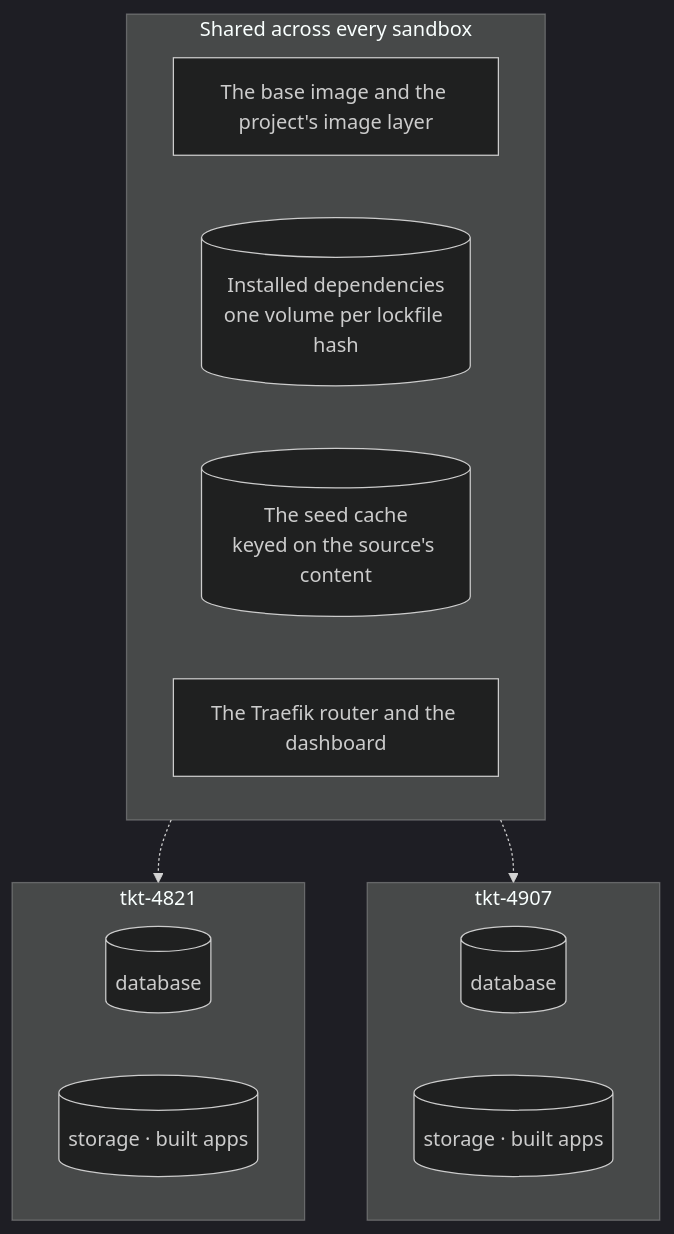
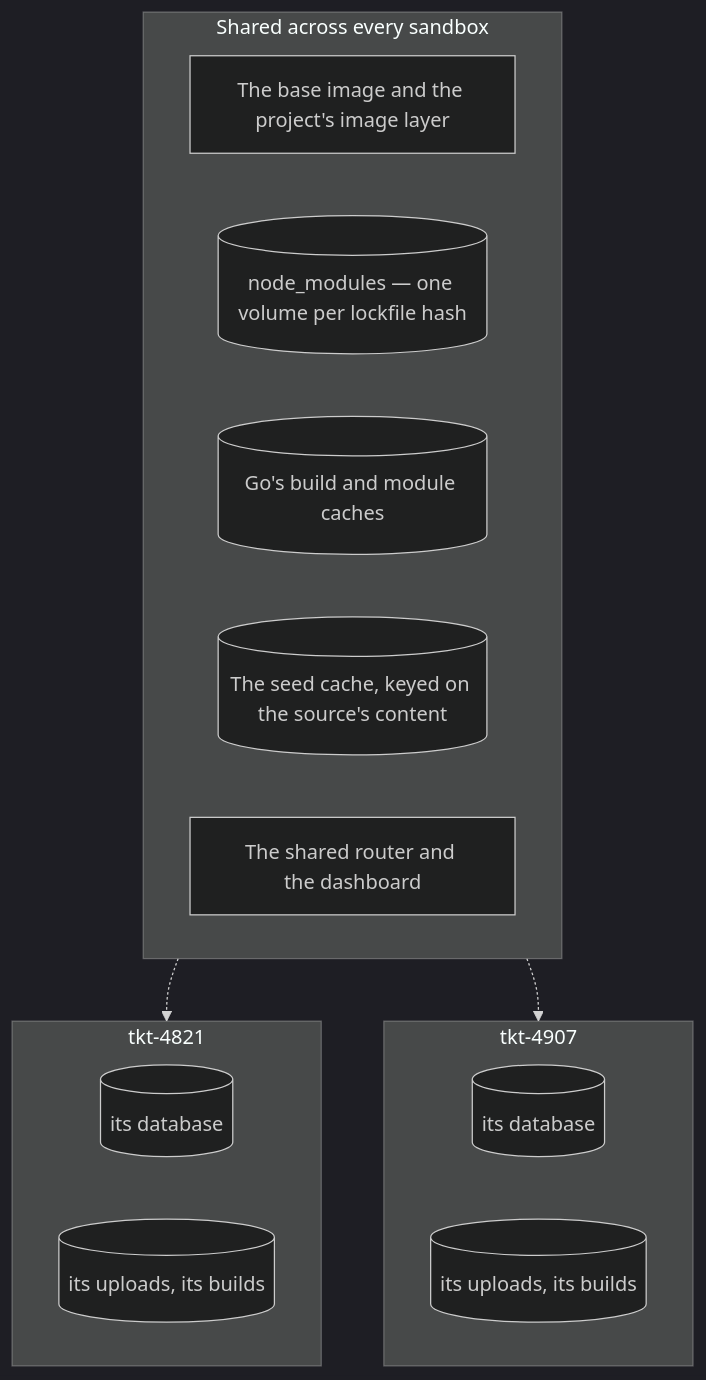
One commit to mattmoran56/sandboxer-core changed the diagram in docs/getting-started/every-worktree.md. Above: the diagram before and after it, drawn with Mermaid (dark theme). The commit also changed other lines of this file and 43 other files, not shown here.

````diff
--- a/docs/getting-started/every-worktree.md
+++ b/docs/getting-started/every-worktree.md
@@ -44,19 +71,20 @@
 ```mermaid
 flowchart TB
   subgraph shared["Shared across every sandbox"]
     img["The base image and the project's image layer"]
-    dep[("Installed dependencies<br/>one volume per lockfile hash")]
-    seed[("The seed cache<br/>keyed on the source's content")]
-    rt["The Traefik router and the dashboard"]
+    dep[("node_modules — one volume per lockfile hash")]
+    go[("Go's build and module caches")]
+    seed[("The seed cache, keyed on the source's content")]
+    rt["The shared router and the dashboard"]
   end
   subgraph s1["tkt-4821"]
-    d1[("database")]
-    b1[("storage · built apps")]
+    d1[("its database")]
+    b1[("its uploads, its builds")]
   end
   subgraph s2["tkt-4907"]
-    d2[("database")]
-    b2[("storage · built apps")]
+    d2[("its database")]
+    b2[("its uploads, its builds")]
   end
   shared -.-> s1
   shared -.-> s2
 ```
````
